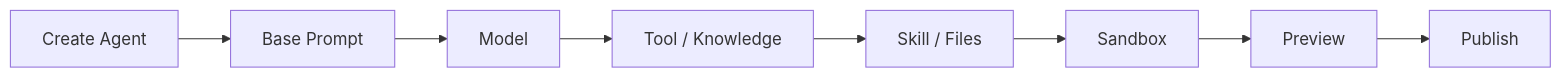
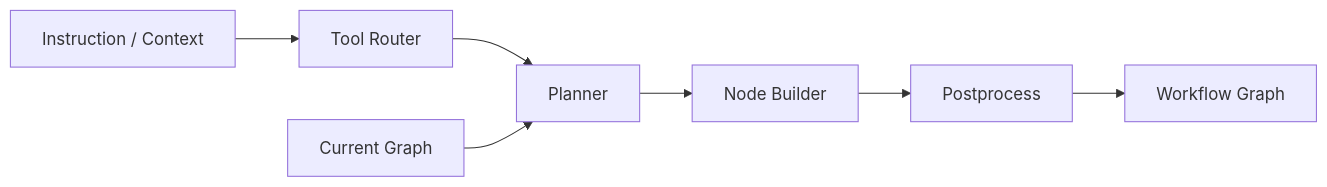
The ninth of 10 diagrams in weekly-report/dify-1.17-core-capabilities-research.md (sgfd-ui/internship), drawn with Mermaid before and after one commit. The commit also changed other lines of this file, not shown here.

Commit message:
docs: focus Dify 1.17 research on AI Workflow generation

````diff
--- a/weekly-report/dify-1.17-core-capabilities-research.md
+++ b/weekly-report/dify-1.17-core-capabilities-research.md
@@ -399,10 +390,9 @@
 ```mermaid
 flowchart LR
-    A[Create Agent] --> B[Base Prompt]
-    B --> C[Model]
-    C --> D[Tool / Knowledge]
-    D --> E[Skill / Files]
-    E --> F[Sandbox]
-    F --> G[Preview]
-    G --> H[Publish]
+    A[Instruction / Context] --> B[Tool Router]
+    B --> C[Planner]
+    C --> D[Node Builder]
+    D --> E[Postprocess]
+    E --> F[Workflow Graph]
+    G[Current Graph] --> C
 ```
````
